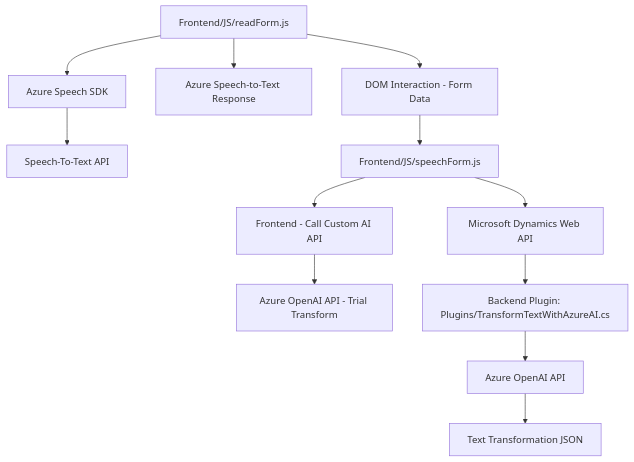
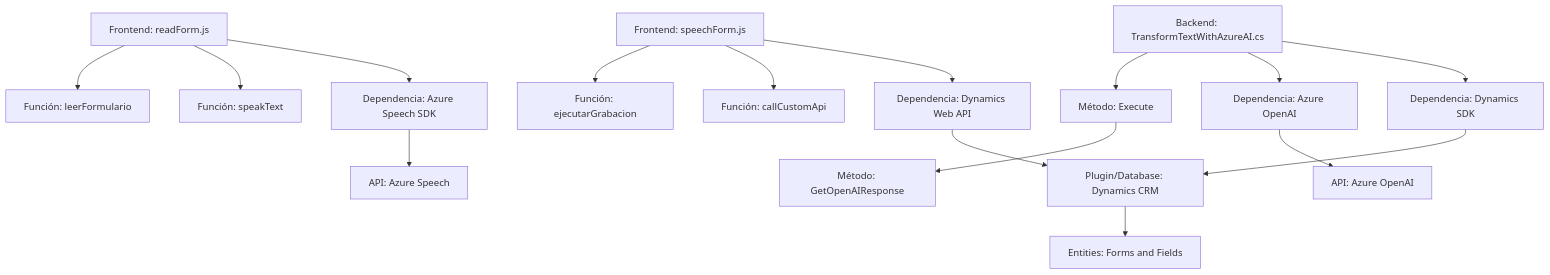
One commit to blopezdm/NETCORE_BILBAO2025 changed the diagram in README.md. Above: the diagram before and after it, drawn with Mermaid. The commit also changed other lines of this file, not shown here.

````diff
--- a/README.md
+++ b/README.md
@@ -46,14 +35,18 @@
 ```mermaid
 graph TD
-  A["Frontend/JS/readForm.js"] --> B["Azure Speech SDK"]
-  B --> C["Speech-To-Text API"]
-  A --> D["Azure Speech-to-Text Response"]
-  A --> E["DOM Interaction - Form Data"]
-  E --> F["Frontend/JS/speechForm.js"]
-  F --> G["Microsoft Dynamics Web API"]
-  F --> H["Frontend - Call Custom AI API"]
-  H --> I["Azure OpenAI API - Trial Transform"]
-  G --> J["Backend Plugin: Plugins/TransformTextWithAzureAI.cs"]
-  J --> K["Azure OpenAI API"]
-  K --> L["Text Transformation JSON"]
+    A["Frontend: readForm.js"] --> B["Función: leerFormulario"]
+    A --> C["Función: speakText"]
+    A --> D["Dependencia: Azure Speech SDK"]
+    E["Frontend: speechForm.js"] --> F["Función: ejecutarGrabacion"]
+    E --> G["Función: callCustomApi"]
+    E --> H["Dependencia: Dynamics Web API"]
+    I["Backend: TransformTextWithAzureAI.cs"] --> J["Método: Execute"]
+    J --> K["Método: GetOpenAIResponse"]
+    I --> L["Dependencia: Azure OpenAI"]
+    I --> M["Dependencia: Dynamics SDK"]
+    D --> N["API: Azure Speech"]
+    L --> O["API: Azure OpenAI"]
+    H --> P["Plugin/Database: Dynamics CRM"]
+    M --> P
+    P --> Q["Entities: Forms and Fields"]
 ```
````
